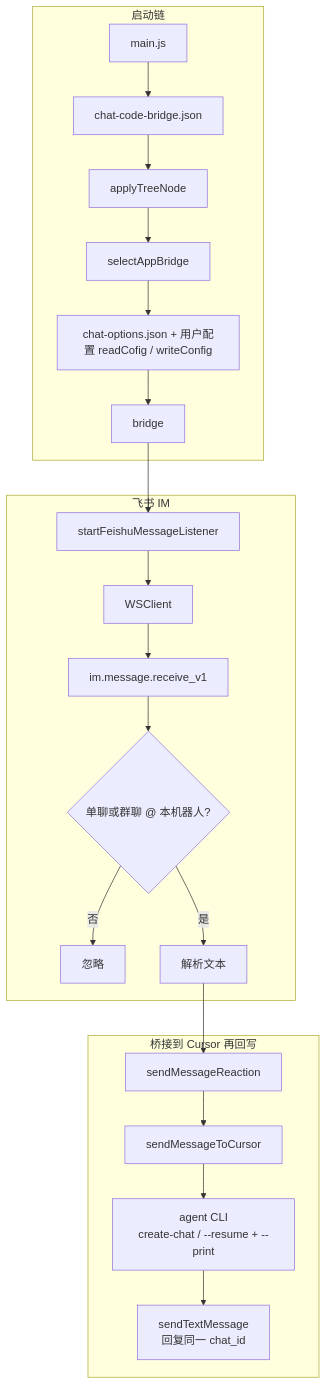
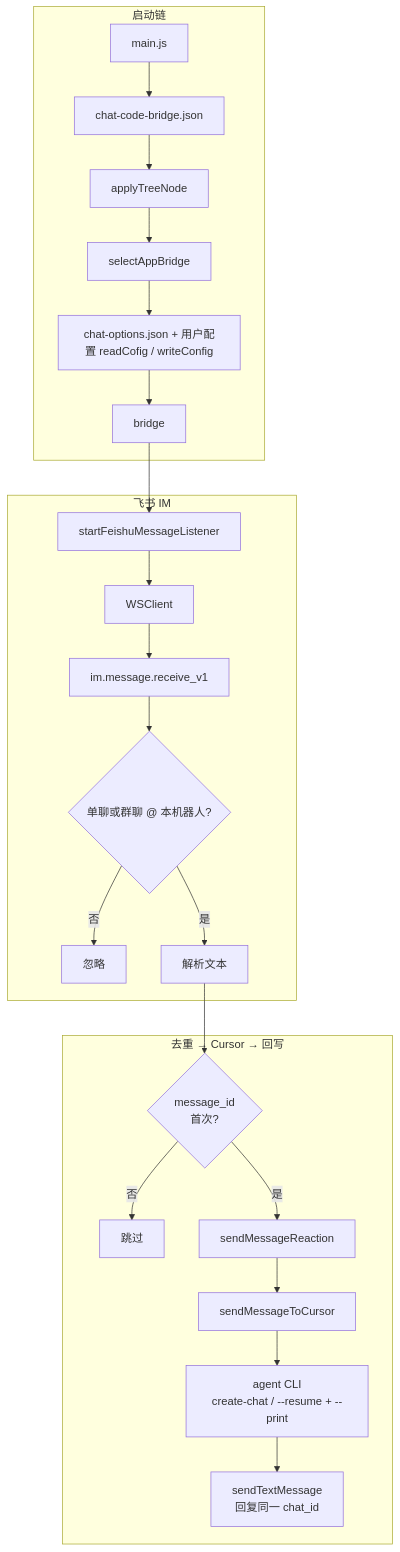
One commit to shangguanjunwei/chat2 changed the first of 2 diagrams in README.md. Above: the diagram before and after it, drawn with Mermaid. The commit also changed other lines of this file, not shown here.

Commit message:
Enhance README.md by adding a summary of the data flow section, detailing the message ID deduplication process in the Feishu message listener, and updating sequence diagrams for clarity. Align content with the implementation in `src/chatApp/feishu/index.js` and `src/aiCode/cursor/index.js`.

````diff
--- a/README.md
+++ b/README.md
@@ -80,28 +84,30 @@
 ```mermaid
 flowchart TB
   subgraph init["启动链"]
     M[main.js]
     J[chat-code-bridge.json]
     A[applyTreeNode]
     S[selectAppBridge]
     O[chat-options.json + 用户配置 readCofig / writeConfig]
     M --> J --> A --> S --> O
     O --> B[bridge]
   end
 
   subgraph im["飞书 IM"]
     B --> L[startFeishuMessageListener]
     L --> W[WSClient]
     W --> E[im.message.receive_v1]
     E --> F{单聊或群聊 @ 本机器人?}
     F -->|否| X[忽略]
     F -->|是| T[解析文本]
   end
 
-  subgraph bridge["桥接到 Cursor 再回写"]
-    T --> R[sendMessageReaction]
+  subgraph bridge["去重 → Cursor → 回写"]
+    T --> U{message_id<br/>首次?}
+    U -->|否| X2[跳过]
+    U -->|是| R[sendMessageReaction]
     R --> C[sendMessageToCursor]
     C --> G["agent CLI<br/>create-chat / --resume + --print"]
     G --> P["sendTextMessage<br/>回复同一 chat_id"]
   end
 ```
````
